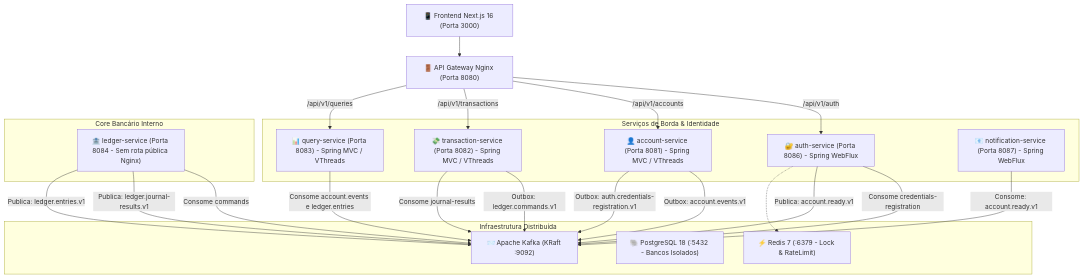
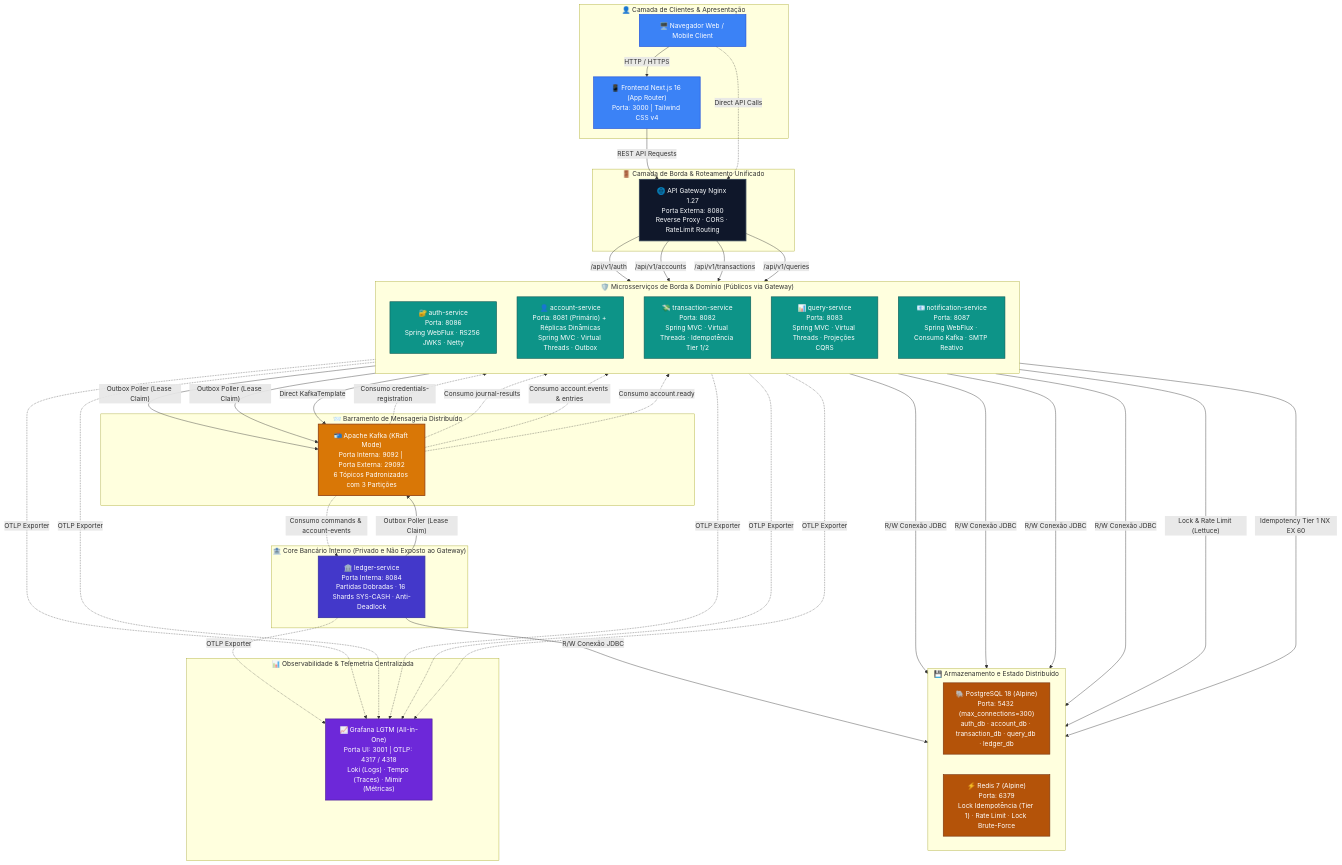
The first of 5 diagrams in docs/ARQUITETURA_CONSOLIDADA.md (leosamblas/bank-ledger), drawn with Mermaid before and after one commit. The commit also changed other lines of this file and 3 other files, not shown here.

Commit message:
docs: add consolidated architecture reference and infrastructure docker compose configuration

````diff
--- a/docs/ARQUITETURA_CONSOLIDADA.md
+++ b/docs/ARQUITETURA_CONSOLIDADA.md
@@ -44,43 +51,98 @@
 ```mermaid
-flowchart TD
-    Client["📱 Frontend Next.js 16 (Porta 3000)"]
-    Gateway["🚪 API Gateway Nginx (Porta 8080)"]
-
-    subgraph "Serviços de Borda & Identidade"
-        Auth["🔐 auth-service (Porta 8086) - Spring WebFlux"]
-        Account["👤 account-service (Porta 8081) - Spring MVC / VThreads"]
-        Transaction["💸 transaction-service (Porta 8082) - Spring MVC / VThreads"]
-        Query["📊 query-service (Porta 8083) - Spring MVC / VThreads"]
-        Notification["📧 notification-service (Porta 8087) - Spring WebFlux"]
+flowchart TB
+    subgraph CLIENTS["👤 Camada de Clientes & Apresentação"]
+        Browser["🖥️ Navegador Web / Mobile Client"]
+        Web["📱 Frontend Next.js 16 (App Router)\nPorta: 3000 | Tailwind CSS v4"]
     end
 
-    subgraph "Core Bancário Interno"
-        Ledger["🏦 ledger-service (Porta 8084 - Sem rota pública Nginx)"]
+    subgraph GATEWAY_TIER["🚪 Camada de Borda & Roteamento Unificado"]
+        Nginx["🌐 API Gateway Nginx 1.27\nPorta Externa: 8080\nReverse Proxy · CORS · RateLimit Routing"]
     end
 
-    subgraph "Infraestrutura Distribuída"
-        Kafka["📨 Apache Kafka (KRaft :9092)"]
-        Postgres["🐘 PostgreSQL 18 (:5432 - Bancos Isolados)"]
-        Redis["⚡ Redis 7 (:6379 - Lock & RateLimit)"]
+    subgraph EDGE_SERVICES["🛡️ Microsserviços de Borda & Domínio (Públicos via Gateway)"]
+        direction TB
+        Auth["🔐 auth-service\nPorta: 8086\nSpring WebFlux · RS256 JWKS · Netty"]
+        Account["👤 account-service\nPorta: 8081 (Primário) + Réplicas Dinâmicas\nSpring MVC · Virtual Threads · Outbox"]
+        Transaction["💸 transaction-service\nPorta: 8082\nSpring MVC · Virtual Threads · Idempotência Tier 1/2"]
+        Query["📊 query-service\nPorta: 8083\nSpring MVC · Virtual Threads · Projeções CQRS"]
+        Notification["📧 notification-service\nPorta: 8087\nSpring WebFlux · Consumo Kafka · SMTP Reativo"]
     end
 
-    Client --> Gateway
-    Gateway -- "/api/v1/auth" --> Auth
-    Gateway -- "/api/v1/accounts" --> Account
-    Gateway -- "/api/v1/transactions" --> Transaction
-    Gateway -- "/api/v1/queries" --> Query
+    subgraph CORE_SERVICES["🏦 Core Bancário Interno (Privado e Não Exposto ao Gateway)"]
+        Ledger["🏛️ ledger-service\nPorta Interna: 8084\nPartidas Dobradas · 16 Shards SYS-CASH · Anti-Deadlock"]
+    end
 
-    Account -- "Outbox: account.events.v1" --> Kafka
-    Account -- "Outbox: auth.credentials-registration.v1" --> Kafka
-    Auth -- "Consome credentials-registration" --> Kafka
-    Auth -- "Publica: account.ready.v1" --> Kafka
-    Notification -- "Consome: account.ready.v1" --> Kafka
-    Transaction -- "Outbox: ledger.commands.v1" --> Kafka
-    Ledger -- "Consome commands" --> Kafka
-    Ledger -- "Publica: ledger.journal-results.v1" --> Kafka
-    Ledger -- "Publica: ledger.entries.v1" --> Kafka
-    Transaction -- "Consome journal-results" --> Kafka
-    Query -- "Consome account.events e ledger.entries" --> Kafka
+    subgraph DATA_INFRA["💾 Armazenamento e Estado Distribuído"]
+        direction LR
+        Postgres["🐘 PostgreSQL 18 (Alpine)\nPorta: 5432 (max_connections=300)\nauth_db · account_db · transaction_db · query_db · ledger_db"]
+        Redis["⚡ Redis 7 (Alpine)\nPorta: 6379\nLock Idempotência (Tier 1) · Rate Limit · Lock Brute-Force"]
+    end
 
-    Auth -.-> Redis
+    subgraph EVENT_BUS["📨 Barramento de Mensageria Distribuído"]
+        Kafka["📬 Apache Kafka (KRaft Mode)\nPorta Interna: 9092 | Porta Externa: 29092\n6 Tópicos Padronizados com 3 Partições"]
+    end
+
+    subgraph OBSERVABILITY["📊 Observabilidade & Telemetria Centralizada"]
+        OTEL["📈 Grafana LGTM (All-in-One)\nPorta UI: 3001 | OTLP: 4317 / 4318\nLoki (Logs) · Tempo (Traces) · Mimir (Métricas)"]
+    end
+
+    %% Fluxos de Usuário e Borda
+    Browser -->|"HTTP / HTTPS"| Web
+    Web -->|"REST API Requests"| Nginx
+    Browser -.->|"Direct API Calls"| Nginx
+
+    %% Roteamento do Gateway
+    Nginx -->|"/api/v1/auth"| Auth
+    Nginx -->|"/api/v1/accounts"| Account
+    Nginx -->|"/api/v1/transactions"| Transaction
+    Nginx -->|"/api/v1/queries"| Query
+
+    %% Persistência Dedicada
+    Auth -->|"R/W Conexão JDBC"| Postgres
+    Account -->|"R/W Conexão JDBC"| Postgres
+    Transaction -->|"R/W Conexão JDBC"| Postgres
+    Query -->|"R/W Conexão JDBC"| Postgres
+    Ledger -->|"R/W Conexão JDBC"| Postgres
+
+    %% Acessos ao Redis
+    Auth -->|"Lock & Rate Limit (Lettuce)"| Redis
+    Transaction -->|"Idempotency Tier 1 NX EX 60"| Redis
+
+    %% Publicações no Kafka
+    Account -->|"Outbox Poller (Lease Claim)"| Kafka
+    Transaction -->|"Outbox Poller (Lease Claim)"| Kafka
+    Ledger -->|"Outbox Poller (Lease Claim)"| Kafka
+    Auth -->|"Direct KafkaTemplate"| Kafka
+
+    %% Ingestões de Eventos Kafka
+    Kafka -.->|"Consumo credentials-registration"| Auth
+    Kafka -.->|"Consumo commands & account-events"| Ledger
+    Kafka -.->|"Consumo journal-results"| Transaction
+    Kafka -.->|"Consumo account.events & entries"| Query
+    Kafka -.->|"Consumo account.ready"| Notification
+
+    %% Telemetria OpenTelemetry
+    Auth -.->|"OTLP Exporter"| OTEL
+    Account -.->|"OTLP Exporter"| OTEL
+    Transaction -.->|"OTLP Exporter"| OTEL
+    Ledger -.->|"OTLP Exporter"| OTEL
+    Query -.->|"OTLP Exporter"| OTEL
+    Notification -.->|"OTLP Exporter"| OTEL
+
+    %% Estilos e Cores Profissionais
+    classDef client fill:#3b82f6,stroke:#1d4ed8,color:#ffffff,stroke-width:1.5px;
+    classDef gateway fill:#0f172a,stroke:#334155,color:#f8fafc,stroke-width:2px;
+    classDef edgeService fill:#0d9488,stroke:#115e59,color:#ffffff,stroke-width:1.5px;
+    classDef coreService fill:#4338ca,stroke:#3730a3,color:#ffffff,stroke-width:2px;
+    classDef dataInfra fill:#b45309,stroke:#78350f,color:#ffffff,stroke-width:1.5px;
+    classDef eventBus fill:#d97706,stroke:#92400e,color:#ffffff,stroke-width:2px;
+    classDef obs fill:#6d28d9,stroke:#4c1d95,color:#ffffff,stroke-width:1.5px;
+
+    class Browser,Web client;
+    class Nginx gateway;
+    class Auth,Account,Transaction,Query,Notification edgeService;
+    class Ledger coreService;
+    class Postgres,Redis dataInfra;
+    class Kafka eventBus;
+    class OTEL obs;
 ```
````
